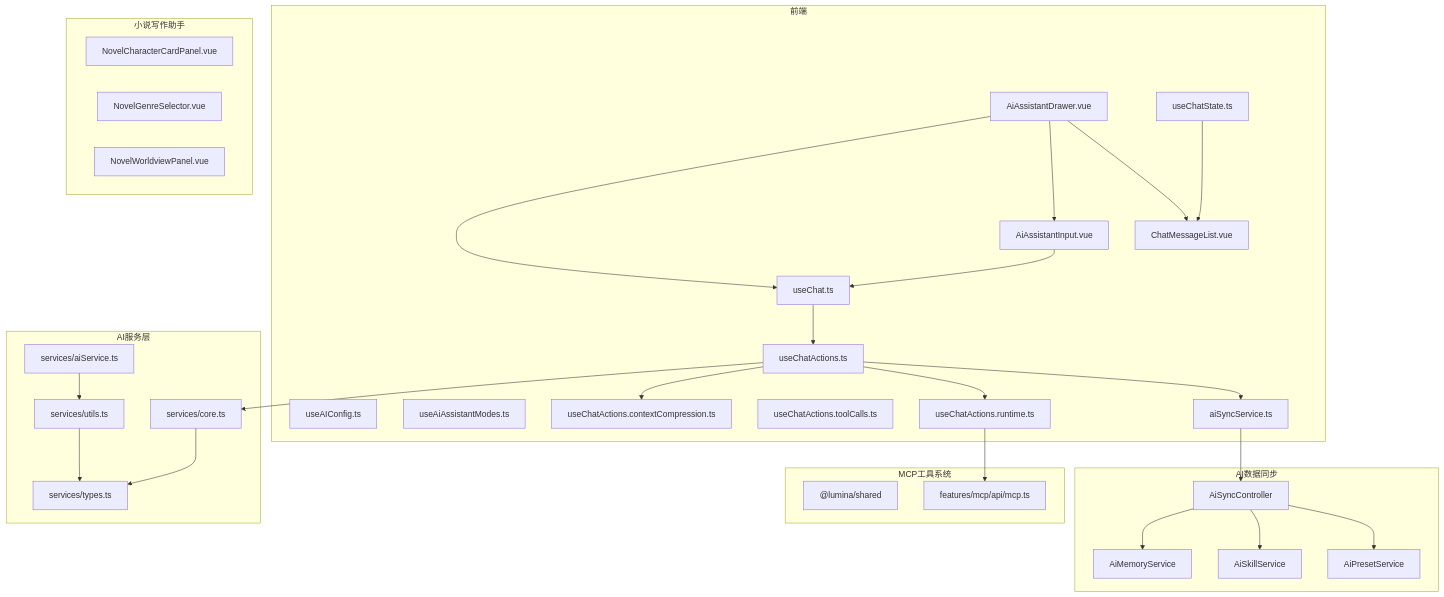
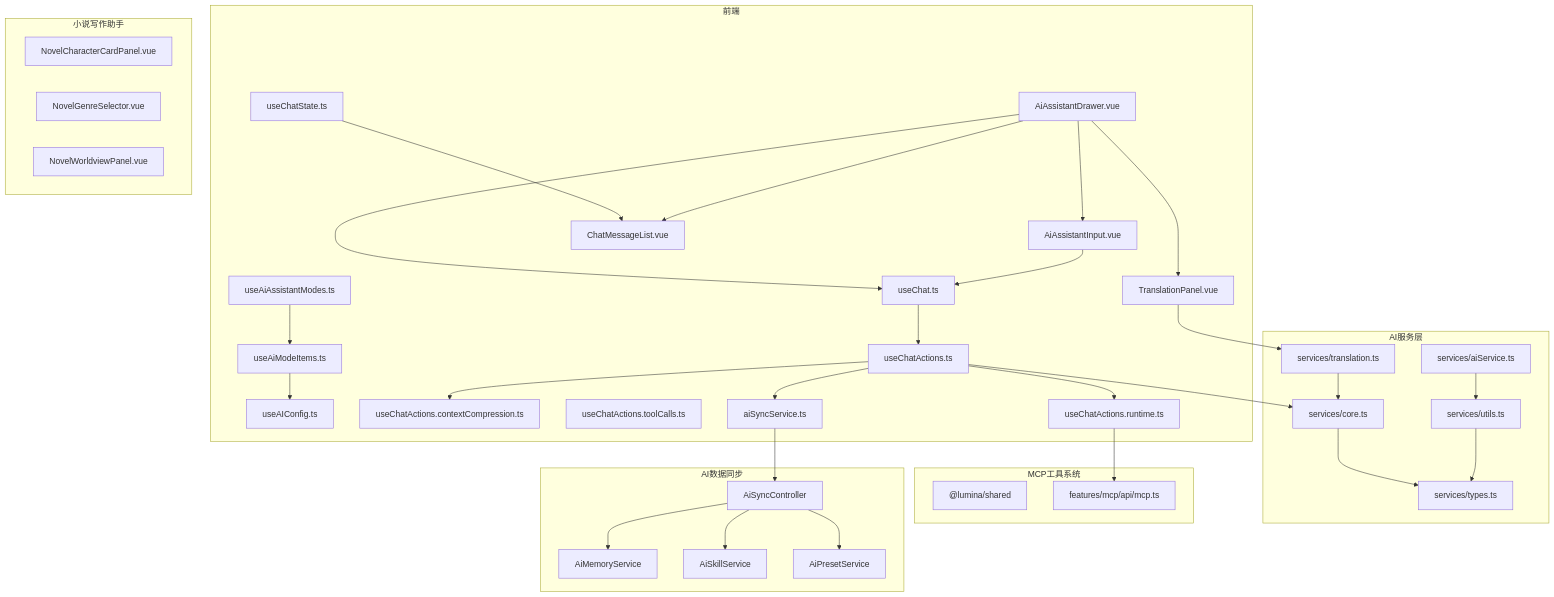
Before and after one commit to xixixiaoyu/Todo: the first of 15 diagrams in .qoder/repowiki/zh/content/核心模块/AI助手系统/AI助手系统.md, drawn with Mermaid. The commit also changed other lines of this file and 5 other files, not shown here.

````diff
--- a/.qoder/repowiki/zh/content/核心模块/AI助手系统/AI助手系统.md
+++ b/.qoder/repowiki/zh/content/核心模块/AI助手系统/AI助手系统.md
@@ -69,56 +74,64 @@
 ```mermaid
 graph TB
 subgraph "前端"
 Drawer["AiAssistantDrawer.vue"]
 Input["AiAssistantInput.vue"]
 MsgList["ChatMessageList.vue"]
+Translation["TranslationPanel.vue"]
 ChatState["useChatState.ts"]
 Chat["useChat.ts"]
 Actions["useChatActions.ts"]
 Config["useAIConfig.ts"]
 Modes["useAiAssistantModes.ts"]
+ModeItems["useAiModeItems.ts"]
 CtxComp["useChatActions.contextCompression.ts"]
 Tools["useChatActions.toolCalls.ts"]
 Runtime["useChatActions.runtime.ts"]
 Sync["aiSyncService.ts"]
 end
 subgraph "AI服务层"
 Core["services/core.ts"]
 Types["services/types.ts"]
 Utils["services/utils.ts"]
 Entry["services/aiService.ts"]
+TranslationSvc["services/translation.ts"]
 end
 subgraph "MCP工具系统"
 MCPPkg["@lumina/shared"]
 MCPAPI["features/mcp/api/mcp.ts"]
 end
 subgraph "AI数据同步"
 SyncCtrl["AiSyncController"]
 SyncMem["AiMemoryService"]
 SyncSkill["AiSkillService"]
 SyncPreset["AiPresetService"]
 end
 subgraph "小说写作助手"
 CharPanel["NovelCharacterCardPanel.vue"]
 GenreSelector["NovelGenreSelector.vue"]
 WorldviewPanel["NovelWorldviewPanel.vue"]
 end
 Drawer --> Chat
 Chat --> Actions
 Actions --> Core
 Actions --> CtxComp
 Actions --> Runtime
 Actions --> Sync
 Runtime --> MCPAPI
 Core --> Types
 Utils --> Types
 Entry --> Utils
 ChatState --> MsgList
 Input --> Chat
 Drawer --> Input
 Drawer --> MsgList
+Drawer --> Translation
+Translation --> TranslationSvc
+TranslationSvc --> Core
+Modes --> ModeItems
+ModeItems --> Config
 Sync --> SyncCtrl
 SyncCtrl --> SyncMem
 SyncCtrl --> SyncSkill
 SyncCtrl --> SyncPreset
 ```
````
